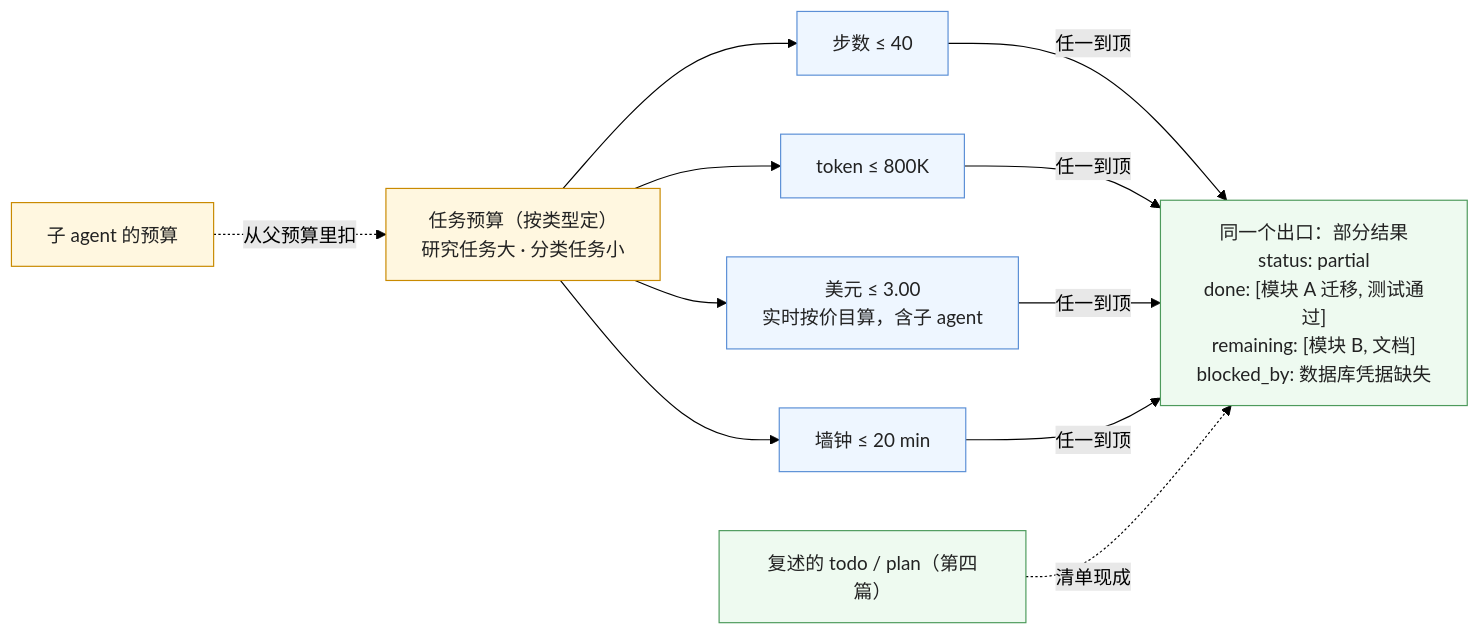
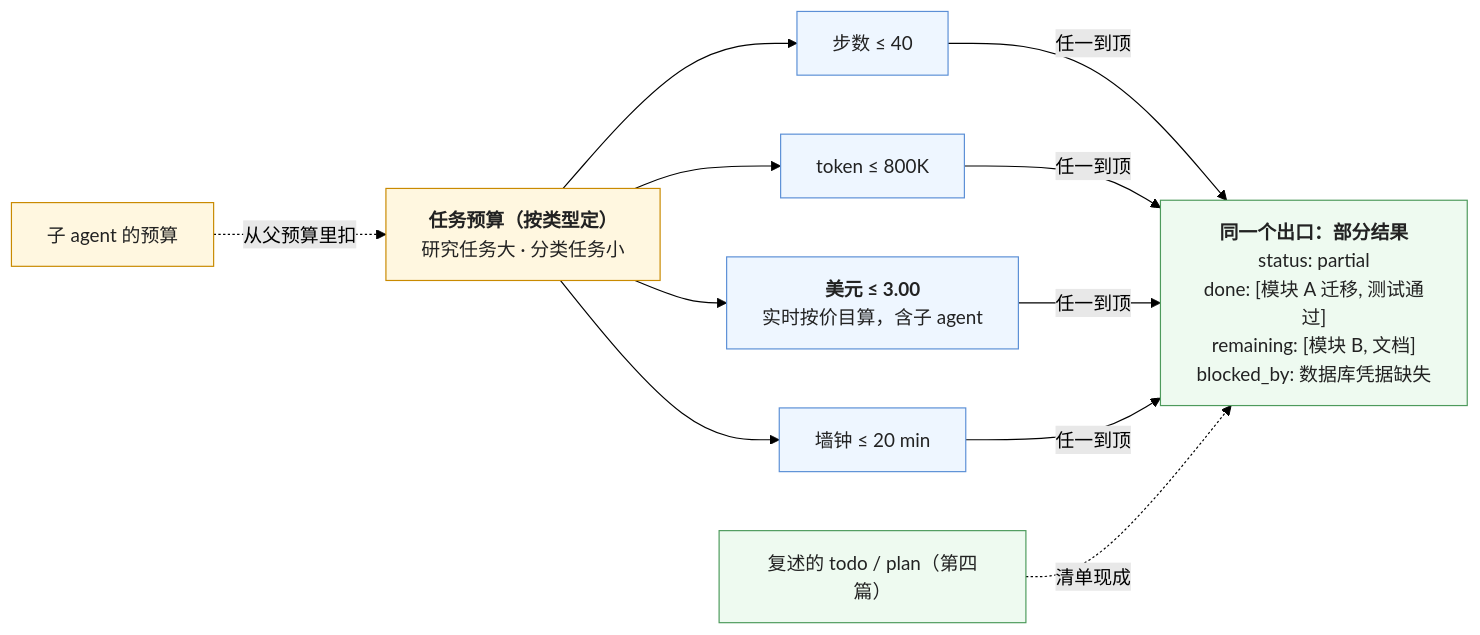
The third of 5 diagrams in _posts/2026-10-29-agent-reliability-evaluation-and-operations.md (arganzheng/arganzheng.github.com), drawn with Mermaid (forest theme) before and after one commit. The commit also changed other lines of this file and 9 other files, not shown here.

First line of the commit message:
工具、Agent 与 harness：模型怎么从回答变成做事：Mermaid 多行方框的首行标为标题（10 篇）

````diff
--- a/_posts/2026-10-29-agent-reliability-evaluation-and-operations.md
+++ b/_posts/2026-10-29-agent-reliability-evaluation-and-operations.md
@@ -83,14 +83,14 @@
 ```mermaid
 %% 图：四种预算同时设、任一到顶走同一个出口——步数、token、美元（实时按价目算，含子 agent）、墙钟；出口是结构化的部分结果：status: partial、done 列表、remaining 列表、blocked_by；复述机制维护的 todo 让这个清单现成；子 agent 的预算从父任务里扣
 flowchart LR
-    T["任务预算（按类型定）<br/>研究任务大 · 分类任务小"] --> B1["步数 ≤ 40"] & B2["token ≤ 800K"] & B3["美元 ≤ 3.00<br/>实时按价目算，含子 agent"] & B4["墙钟 ≤ 20 min"]
-    B1 & B2 & B3 & B4 -->|"任一到顶"| OUT["同一个出口：部分结果<br/>status: partial<br/>done: [模块 A 迁移, 测试通过]<br/>remaining: [模块 B, 文档]<br/>blocked_by: 数据库凭据缺失"]
+    T["<b>任务预算（按类型定）</b><br/>研究任务大 · 分类任务小"] --> B1["步数 ≤ 40"] & B2["token ≤ 800K"] & B3["<b>美元 ≤ 3.00</b><br/>实时按价目算，含子 agent"] & B4["墙钟 ≤ 20 min"]
+    B1 & B2 & B3 & B4 -->|"任一到顶"| OUT["<b>同一个出口：部分结果</b><br/>status: partial<br/>done: [模块 A 迁移, 测试通过]<br/>remaining: [模块 B, 文档]<br/>blocked_by: 数据库凭据缺失"]
     TODO["复述的 todo / plan（第四篇）"] -.->|"清单现成"| OUT
     SUB["子 agent 的预算"] -.->|"从父预算里扣"| T
     classDef n fill:#fff7e0,stroke:#c98a00,color:#222
     classDef b fill:#eef6ff,stroke:#5b8fd6,color:#222
     classDef ok fill:#eefaf0,stroke:#4d9a5c,color:#222
     class T,SUB n
     class B1,B2,B3,B4 b
     class OUT,TODO ok
 ```
````
